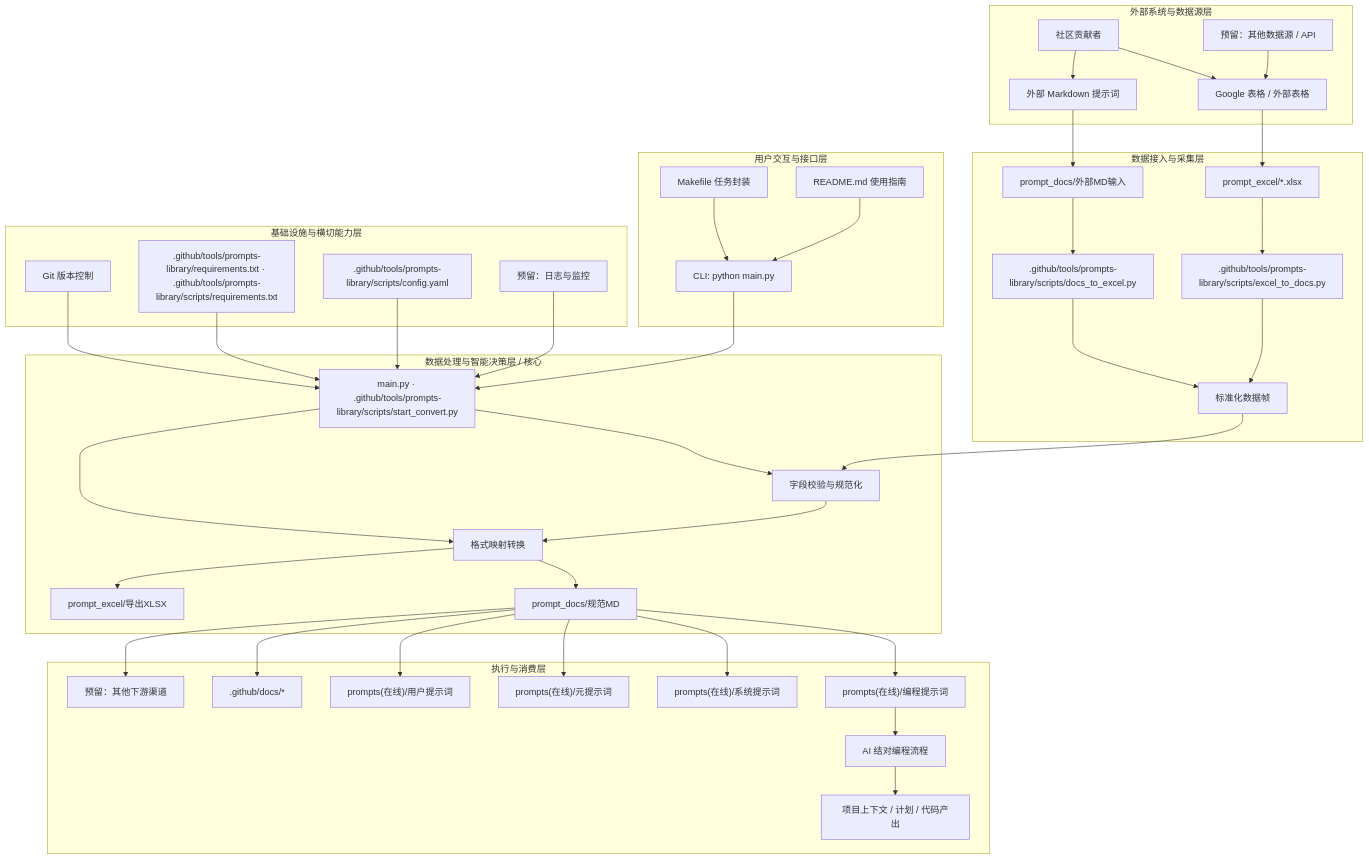
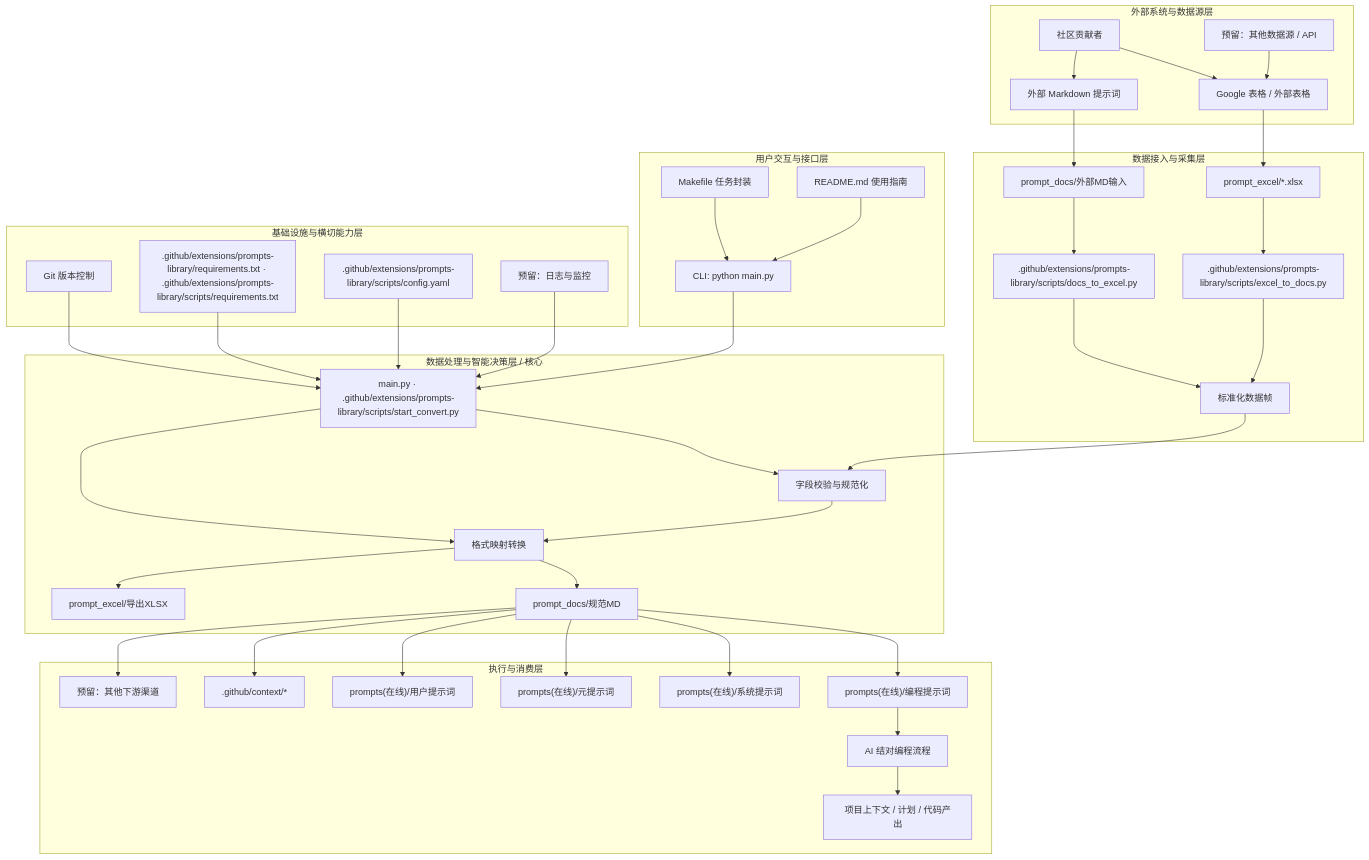
The first of 2 diagrams in README.md (iTanX/vibe-coding-cn), drawn with Mermaid before and after one commit. The commit also changed other lines of this file and 2182 other files, not shown here.

````diff
--- a/README.md
+++ b/README.md
@@ -235,61 +224,61 @@
 ```mermaid
 graph TB
   %% GitHub 兼容简化版（仅使用基础语法）
 
   subgraph ext_layer[外部系统与数据源层]
     ext_contrib[社区贡献者]
     ext_sheet[Google 表格 / 外部表格]
     ext_md[外部 Markdown 提示词]
     ext_api[预留：其他数据源 / API]
     ext_contrib --> ext_sheet
     ext_contrib --> ext_md
     ext_api --> ext_sheet
   end
 
   subgraph ingest_layer[数据接入与采集层]
     excel_raw[prompt_excel/*.xlsx]
     md_raw[prompt_docs/外部MD输入]
-    excel_to_docs[.github/tools/prompts-library/scripts/excel_to_docs.py]
-    docs_to_excel[.github/tools/prompts-library/scripts/docs_to_excel.py]
+    excel_to_docs[.github/extensions/prompts-library/scripts/excel_to_docs.py]
+    docs_to_excel[.github/extensions/prompts-library/scripts/docs_to_excel.py]
     ingest_bus[标准化数据帧]
     ext_sheet --> excel_raw
     ext_md --> md_raw
     excel_raw --> excel_to_docs
     md_raw --> docs_to_excel
     excel_to_docs --> ingest_bus
     docs_to_excel --> ingest_bus
   end
 
   subgraph core_layer[数据处理与智能决策层 / 核心]
     ingest_bus --> validate[字段校验与规范化]
     validate --> transform[格式映射转换]
     transform --> artifacts_md[prompt_docs/规范MD]
     transform --> artifacts_xlsx[prompt_excel/导出XLSX]
-    orchestrator[main.py · .github/tools/prompts-library/scripts/start_convert.py] --> validate
+    orchestrator[main.py · .github/extensions/prompts-library/scripts/start_convert.py] --> validate
     orchestrator --> transform
   end
 
   subgraph consume_layer[执行与消费层]
     artifacts_md --> catalog_coding["prompts(在线)/编程提示词"]
     artifacts_md --> catalog_system["prompts(在线)/系统提示词"]
     artifacts_md --> catalog_meta["prompts(在线)/元提示词"]
     artifacts_md --> catalog_user["prompts(在线)/用户提示词"]
-    artifacts_md --> docs_repo[.github/docs/*]
+    artifacts_md --> docs_repo[.github/context/*]
     artifacts_md --> new_consumer[预留：其他下游渠道]
     catalog_coding --> ai_flow[AI 结对编程流程]
     ai_flow --> deliverables[项目上下文 / 计划 / 代码产出]
   end
 
   subgraph ux_layer[用户交互与接口层]
     cli[CLI: python main.py] --> orchestrator
     makefile[Makefile 任务封装] --> cli
     readme[README.md 使用指南] --> cli
   end
 
   subgraph infra_layer[基础设施与横切能力层]
     git[Git 版本控制] --> orchestrator
-    deps[.github/tools/prompts-library/requirements.txt · .github/tools/prompts-library/scripts/requirements.txt] --> orchestrator
-    config[.github/tools/prompts-library/scripts/config.yaml] --> orchestrator
+    deps[.github/extensions/prompts-library/requirements.txt · .github/extensions/prompts-library/scripts/requirements.txt] --> orchestrator
+    config[.github/extensions/prompts-library/scripts/config.yaml] --> orchestrator
     monitor[预留：日志与监控] --> orchestrator
   end
 ```
````
